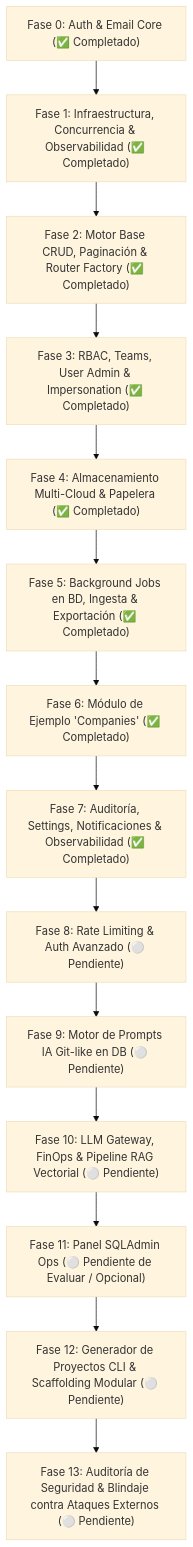
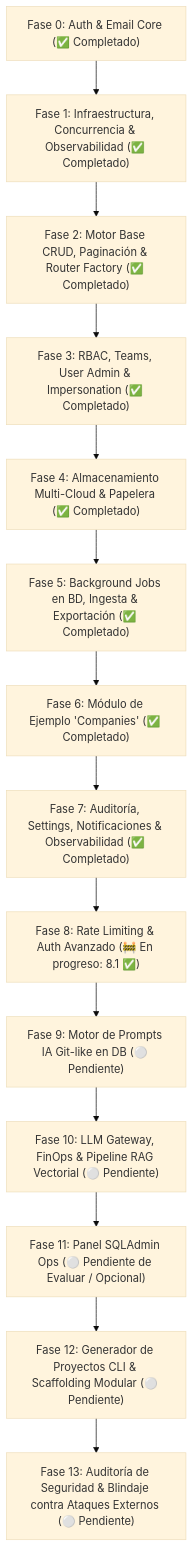
One commit to javireyramirez/fastapi_plantilla changed the diagram in ROADMAP.md. Above: the diagram before and after it, drawn with Mermaid (base theme). The commit also changed other lines of this file and 22 other files, not shown here.

````diff
--- a/ROADMAP.md
+++ b/ROADMAP.md
@@ -30,16 +30,16 @@
 ```mermaid
 flowchart TD
     F0["Fase 0: Auth & Email Core (✅ Completado)"] --> F1["Fase 1: Infraestructura, Concurrencia & Observabilidad (✅ Completado)"]
     F1 --> F2["Fase 2: Motor Base CRUD, Paginación & Router Factory (✅ Completado)"]
     F2 --> F3["Fase 3: RBAC, Teams, User Admin & Impersonation (✅ Completado)"]
     F3 --> F4["Fase 4: Almacenamiento Multi-Cloud & Papelera (✅ Completado)"]
     F4 --> F5["Fase 5: Background Jobs en BD, Ingesta & Exportación (✅ Completado)"]
     F5 --> F6["Fase 6: Módulo de Ejemplo 'Companies' (✅ Completado)"]
     F6 --> F7["Fase 7: Auditoría, Settings, Notificaciones & Observabilidad (✅ Completado)"]
-    F7 --> F8["Fase 8: Rate Limiting & Auth Avanzado (⚪ Pendiente)"]
+    F7 --> F8["Fase 8: Rate Limiting & Auth Avanzado (🚧 En progreso: 8.1 ✅)"]
     F8 --> F9["Fase 9: Motor de Prompts IA Git-like en DB (⚪ Pendiente)"]
     F9 --> F10["Fase 10: LLM Gateway, FinOps & Pipeline RAG Vectorial (⚪ Pendiente)"]
     F10 --> F11["Fase 11: Panel SQLAdmin Ops (⚪ Pendiente de Evaluar / Opcional)"]
     F11 --> F12["Fase 12: Generador de Proyectos CLI & Scaffolding Modular (⚪ Pendiente)"]
     F12 --> F13["Fase 13: Auditoría de Seguridad & Blindaje contra Ataques Externos (⚪ Pendiente)"]
 ```
````
